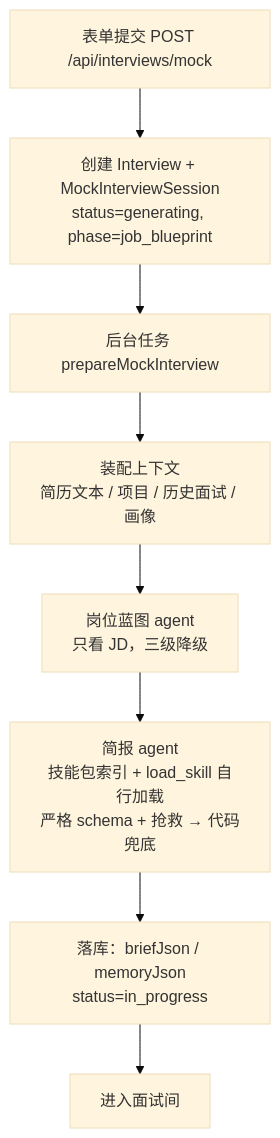
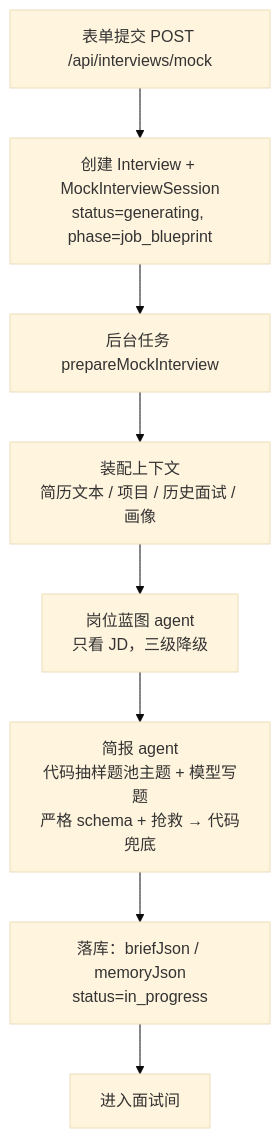
The diagram in docs/interview-flow-before.md (yuecao365/OfferCome), drawn with Mermaid (base theme) before and after one commit. The commit also changed other lines of this file and 61 other files, not shown here.

````diff
--- a/docs/interview-flow-before.md
+++ b/docs/interview-flow-before.md
@@ -8,10 +8,10 @@
 ```mermaid
 flowchart TD
   F[表单提交 POST /api/interviews/mock] --> C[创建 Interview + MockInterviewSession<br/>status=generating, phase=job_blueprint]
   C --> BG[后台任务 prepareMockInterview]
   BG --> CTX[装配上下文<br/>简历文本 / 项目 / 历史面试 / 画像]
   CTX --> BP[岗位蓝图 agent<br/>只看 JD，三级降级]
-  BP --> BRIEF[简报 agent<br/>技能包索引 + load_skill 自行加载<br/>严格 schema + 抢救 → 代码兜底]
+  BP --> BRIEF[简报 agent<br/>代码抽样题池主题 + 模型写题<br/>严格 schema + 抢救 → 代码兜底]
   BRIEF --> SAVE[落库：briefJson / memoryJson<br/>status=in_progress]
   SAVE --> ROOM[进入面试间]
 ```
````
